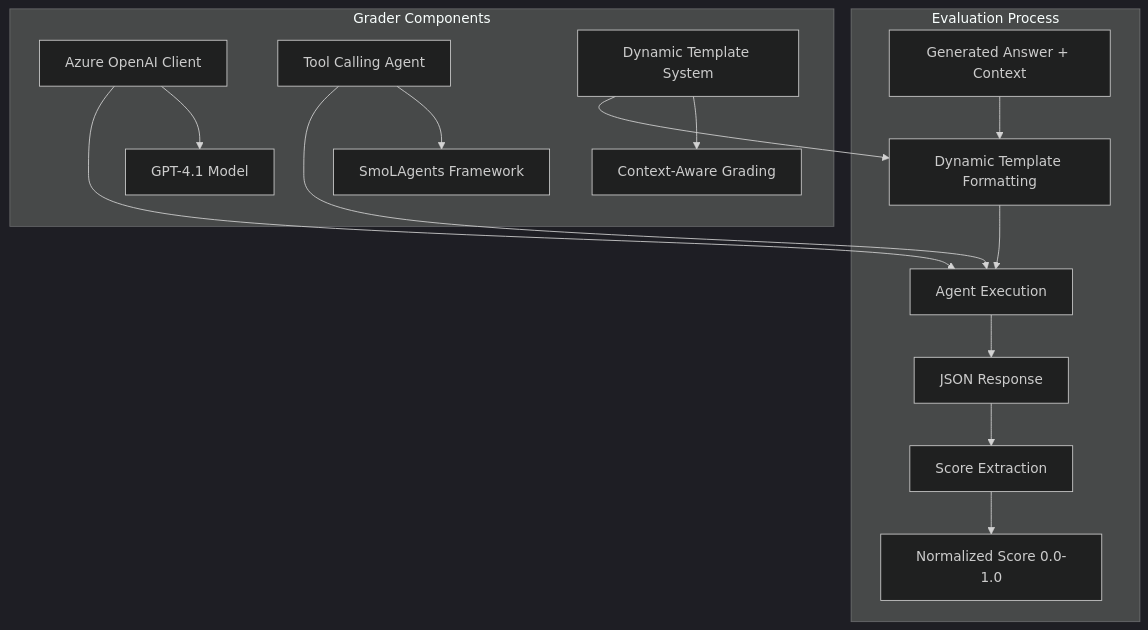
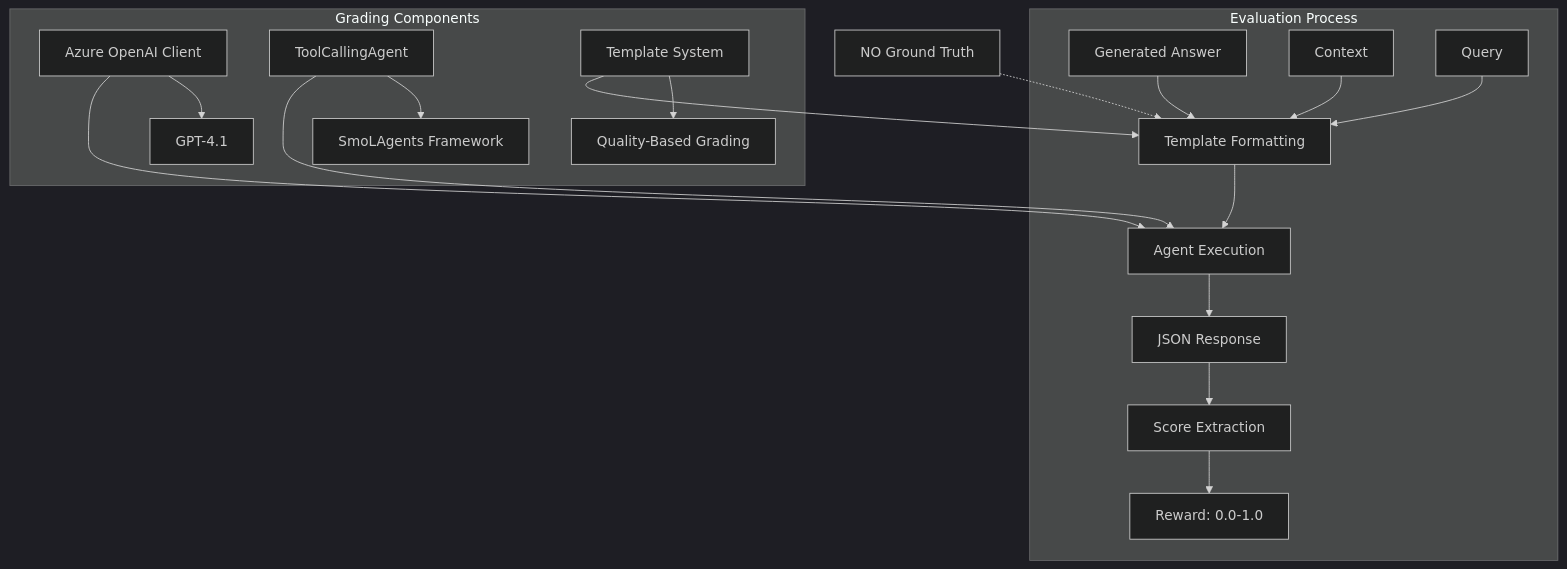
Before and after one commit to Psilocybin2K/qwen-rl: the fourth of 7 diagrams in README.md, drawn with Mermaid (dark theme). The commit also changed other lines of this file, not shown here.

````diff
--- a/README.md
+++ b/README.md
@@ -237,20 +196,24 @@
 ```mermaid
 graph TB
-    subgraph "Grader Components"
-        A[Azure OpenAI Client] --> B[GPT-4.1 Model]
-        C[Tool Calling Agent] --> D[SmoLAgents Framework]
-        E[Dynamic Template System] --> F[Context-Aware Grading]
+    subgraph "Grading Components"
+        A[Azure OpenAI Client] --> B[GPT-4.1]
+        C[ToolCallingAgent] --> D[SmoLAgents Framework]
+        E[Template System] --> F[Quality-Based Grading]
     end
     
     subgraph "Evaluation Process"
-        G[Generated Answer + Context] --> H[Dynamic Template Formatting]
-        H --> I[Agent Execution]
-        I --> J[JSON Response]
-        J --> K[Score Extraction]
-        K --> L[Normalized Score 0.0-1.0]
+        G[Generated Answer] --> H[Template Formatting]
+        I[Context] --> H
+        J[Query] --> H
+        H --> K[Agent Execution]
+        K --> L[JSON Response]
+        L --> M[Score Extraction]
+        M --> N[Reward: 0.0-1.0]
     end
     
-    A --> I
-    C --> I
+    O[NO Ground Truth] -.-> H
+    
+    A --> K
+    C --> K
     E --> H
 ```
````
